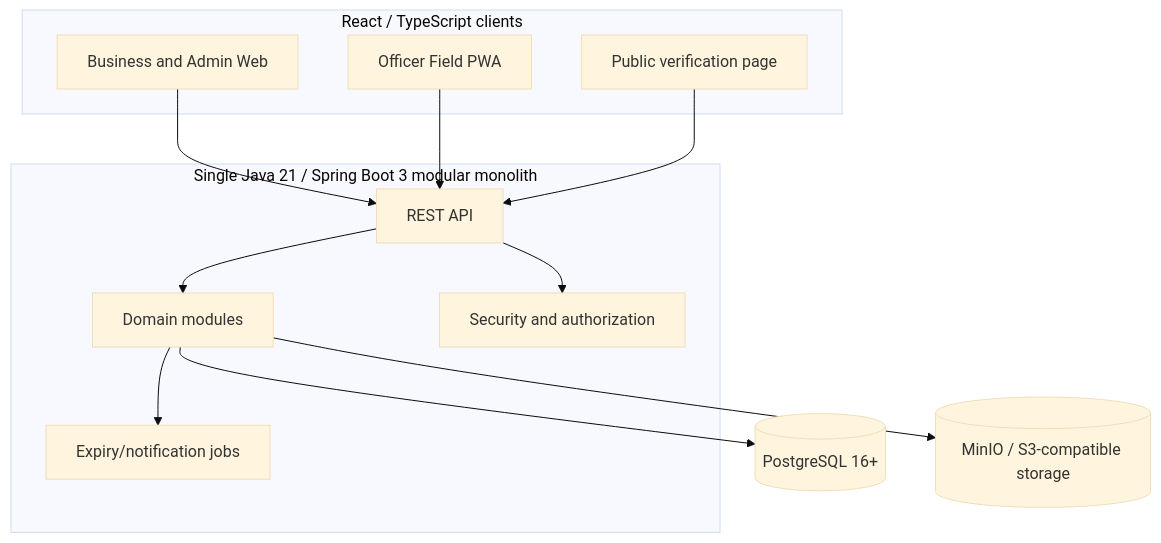
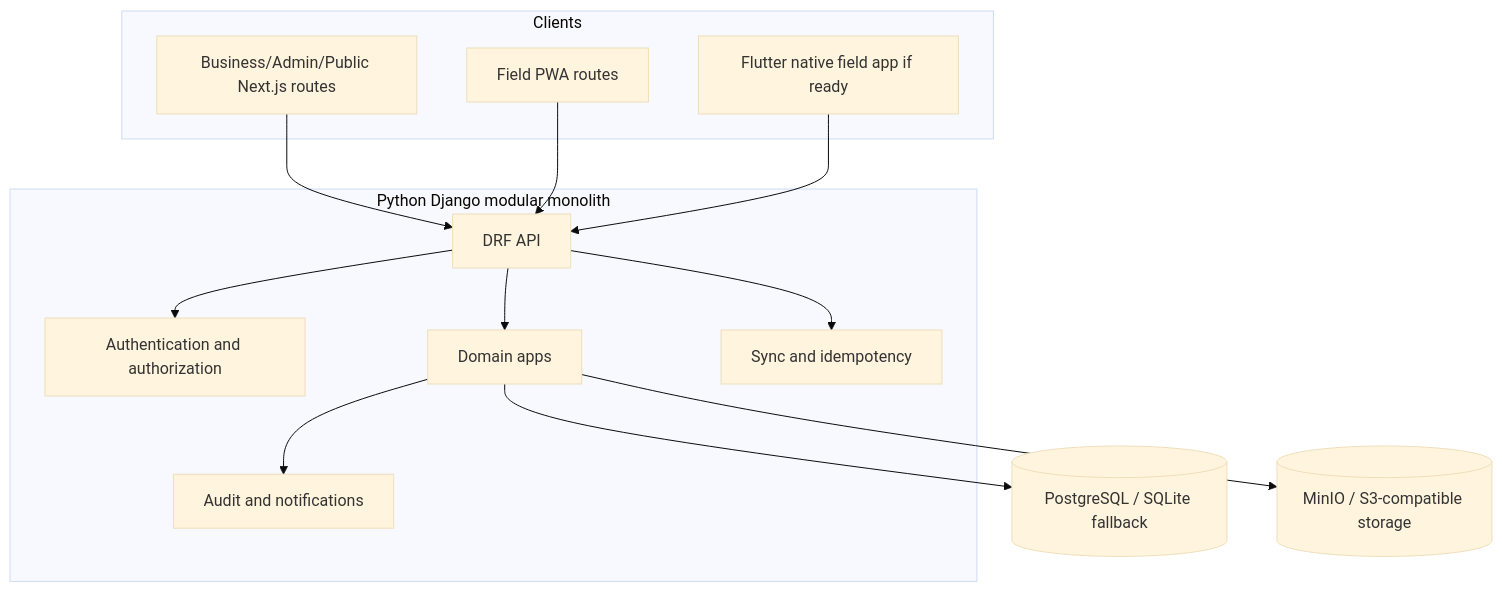
Before and after one commit to vishalyadav-08/SIH26036: the second of 2 diagrams in docs/ARCHITECTURE.md, drawn with Mermaid (base theme). The commit also changed other lines of this file and 63 other files, not shown here.

Commit message:
docs: migrate architecture to new backend stack

````diff
--- a/docs/ARCHITECTURE.md
+++ b/docs/ARCHITECTURE.md
@@ -30,24 +27,26 @@
 ```mermaid
-graph TD
-    subgraph Frontend [React / TypeScript clients]
-        B[Business and Admin Web]
-        F[Officer Field PWA]
-        P[Public verification page]
-    end
-    subgraph Backend [Single Java 21 / Spring Boot 3 modular monolith]
-        API[REST API]
-        DOM[Domain modules]
-        SEC[Security and authorization]
-        JOB[Expiry/notification jobs]
-    end
-    DB[(PostgreSQL 16+)]
-    S3[(MinIO / S3-compatible storage)]
-    B --> API
-    F --> API
-    P --> API
-    API --> DOM
-    API --> SEC
-    DOM --> JOB
-    DOM --> DB
-    DOM --> S3
+flowchart TD
+  subgraph Clients
+    WEB[Business/Admin/Public Next.js routes]
+    PWA[Field PWA routes]
+    FLUTTER[Flutter native field app if ready]
+  end
+  subgraph Backend[Python Django modular monolith]
+    API[DRF API]
+    AUTH[Authentication and authorization]
+    DOMAIN[Domain apps]
+    SYNC[Sync and idempotency]
+    AUDIT[Audit and notifications]
+  end
+  DB[(PostgreSQL / SQLite fallback)]
+  OBJ[(MinIO / S3-compatible storage)]
+  WEB --> API
+  PWA --> API
+  FLUTTER --> API
+  API --> AUTH
+  API --> DOMAIN
+  API --> SYNC
+  DOMAIN --> DB
+  DOMAIN --> OBJ
+  DOMAIN --> AUDIT
 ```
````
